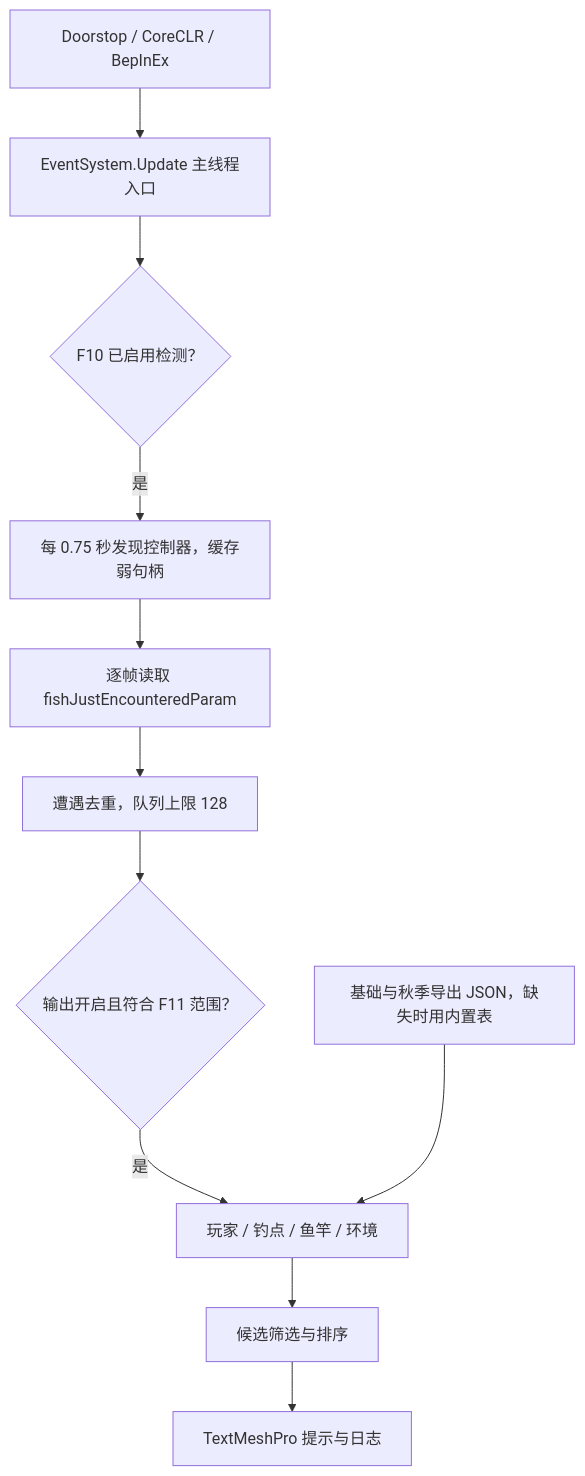
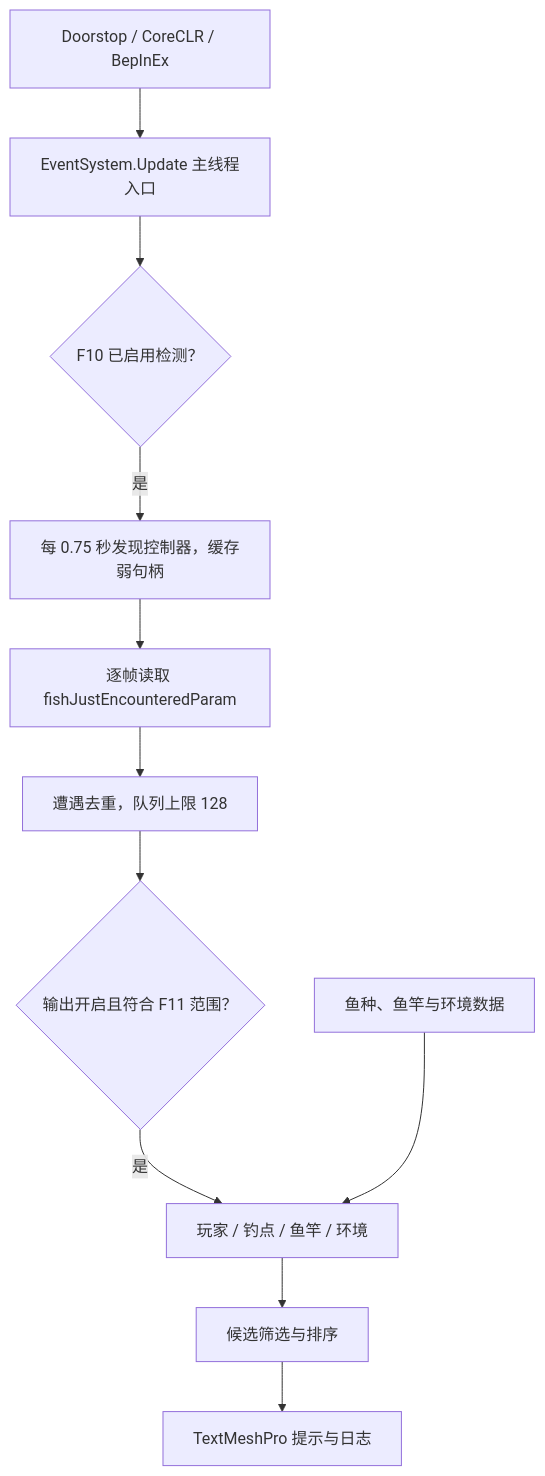
One commit to Ushiroyu/PA-Fish-Peek changed the diagram in docs/technical-design.md. Above: the diagram before and after it, drawn with Mermaid. The commit also changed other lines of this file and 6 other files, not shown here.

````diff
--- a/docs/technical-design.md
+++ b/docs/technical-design.md
@@ -7,13 +7,13 @@
 ```mermaid
 flowchart TD
     boot["Doorstop / CoreCLR / BepInEx"] --> tick["EventSystem.Update 主线程入口"]
     tick --> enable{"F10 已启用检测？"}
     enable -- 是 --> discover["每 0.75 秒发现控制器，缓存弱句柄"]
     discover --> read["逐帧读取 fishJustEncounteredParam"]
     read --> queue["遭遇去重，队列上限 128"]
     queue --> scope{"输出开启且符合 F11 范围？"}
     scope -- 是 --> context["玩家 / 钓点 / 鱼竿 / 环境"]
-    resources["基础与秋季导出 JSON，缺失时用内置表"] --> context
+    data["鱼种、鱼竿与环境数据"] --> context
     context --> rules["候选筛选与排序"]
     rules --> output["TextMeshPro 提示与日志"]
 ```
````
